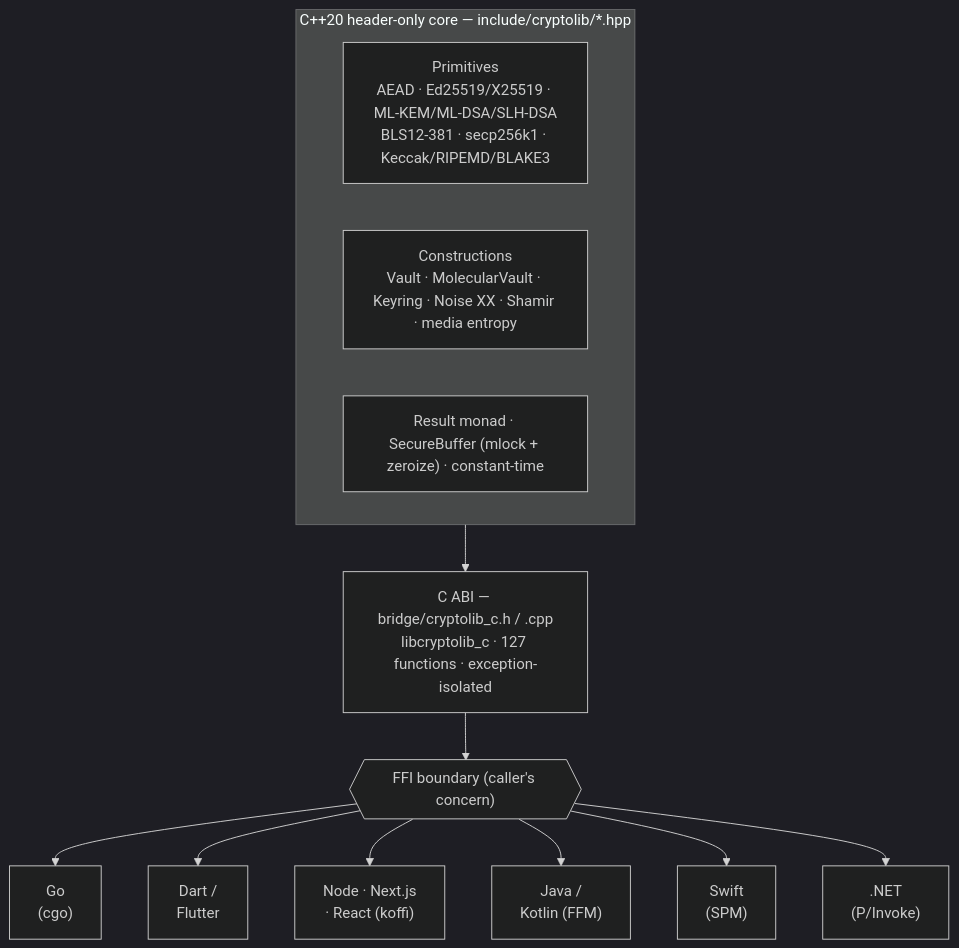
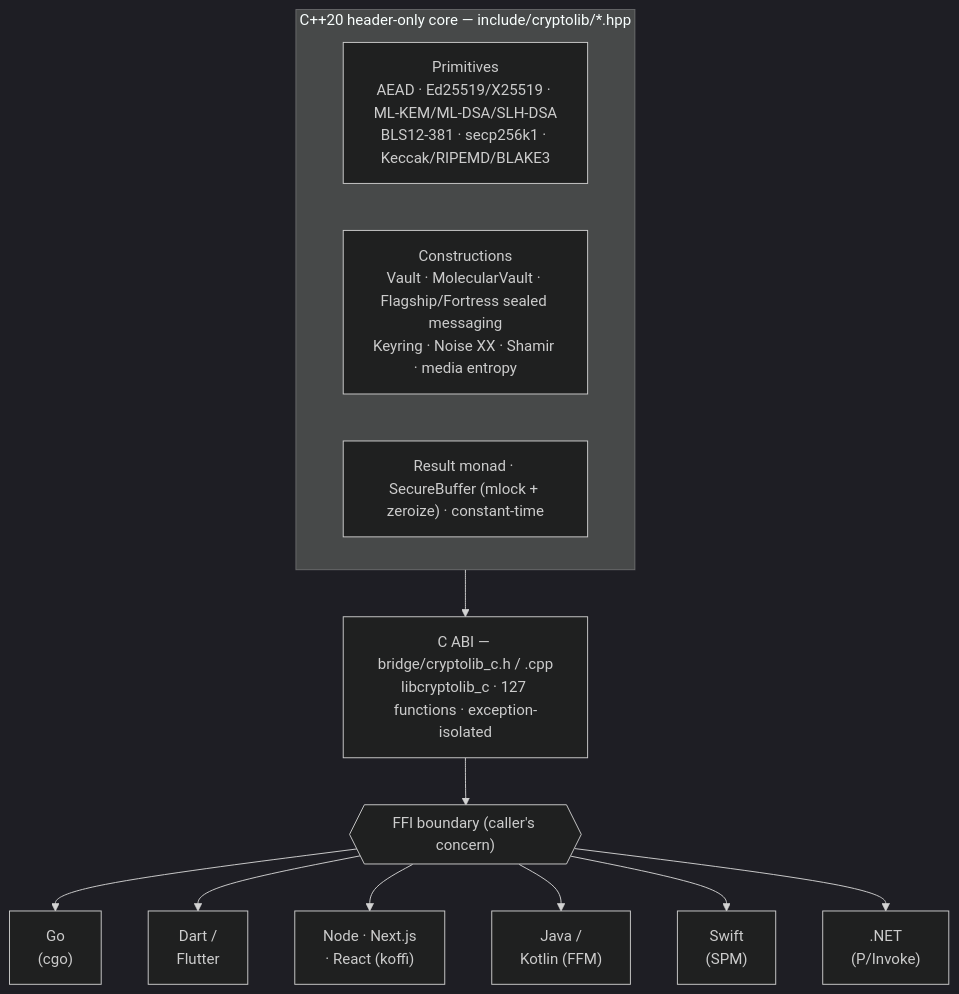
Before and after one commit to Crdzbird/CipherBird: the first of 2 diagrams in README.md, drawn with Mermaid (dark theme). The commit also changed other lines of this file and 1 other file, not shown here.

First line of the commit message:
Docs: README refresh for latest capabilities + future-primitives roadmap

````diff
--- a/README.md
+++ b/README.md
@@ -63,16 +89,16 @@
 ```mermaid
 flowchart TB
   subgraph core["C++20 header-only core — include/cryptolib/*.hpp"]
     prim["Primitives<br/>AEAD · Ed25519/X25519 · ML-KEM/ML-DSA/SLH-DSA<br/>BLS12-381 · secp256k1 · Keccak/RIPEMD/BLAKE3"]
-    hl["Constructions<br/>Vault · MolecularVault · Keyring · Noise XX · Shamir · media entropy"]
+    hl["Constructions<br/>Vault · MolecularVault · Flagship/Fortress sealed messaging<br/>Keyring · Noise XX · Shamir · media entropy"]
     safe["Result monad · SecureBuffer (mlock + zeroize) · constant-time"]
   end
   core --> abi["C ABI — bridge/cryptolib_c.h / .cpp<br/>libcryptolib_c · 127 functions · exception-isolated"]
   abi --> ffi{{"FFI boundary (caller's concern)"}}
   ffi --> go["Go<br/>(cgo)"]
   ffi --> dart["Dart /<br/>Flutter"]
   ffi --> node["Node · Next.js<br/>· React (koffi)"]
   ffi --> jvm["Java /<br/>Kotlin (FFM)"]
   ffi --> swift["Swift<br/>(SPM)"]
   ffi --> net[".NET<br/>(P/Invoke)"]
 ```
````
